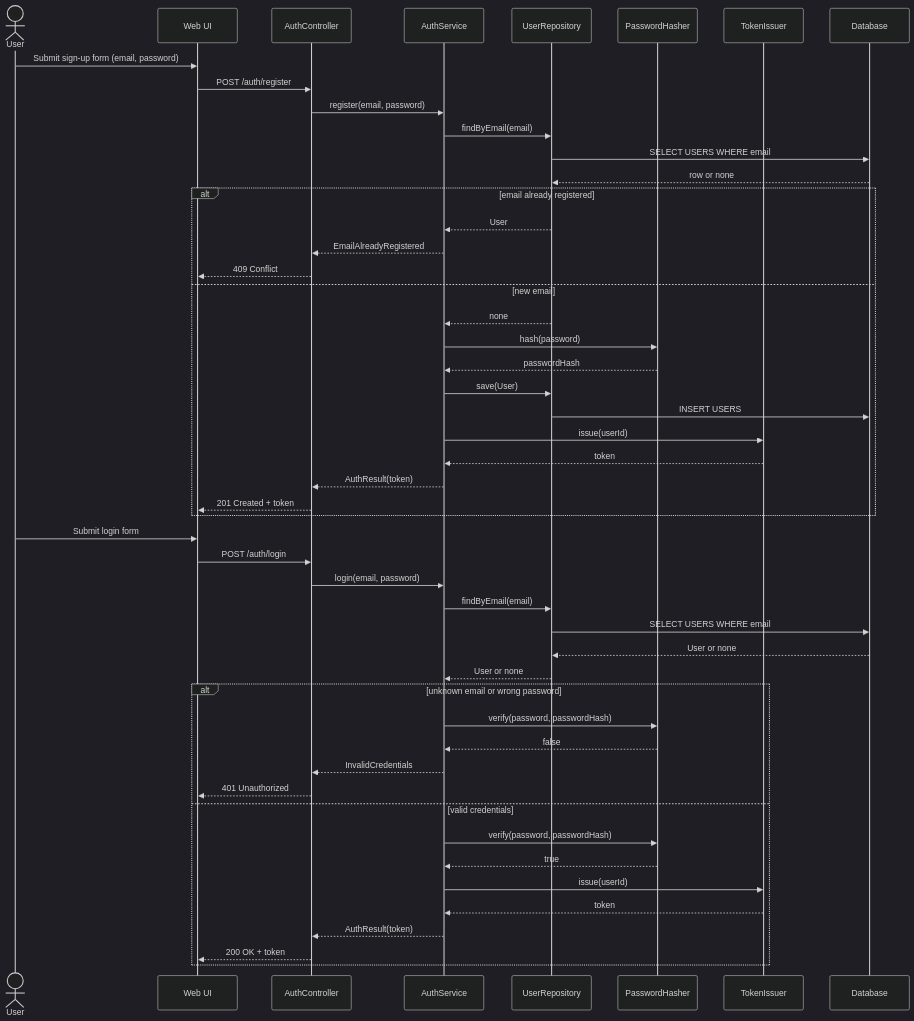
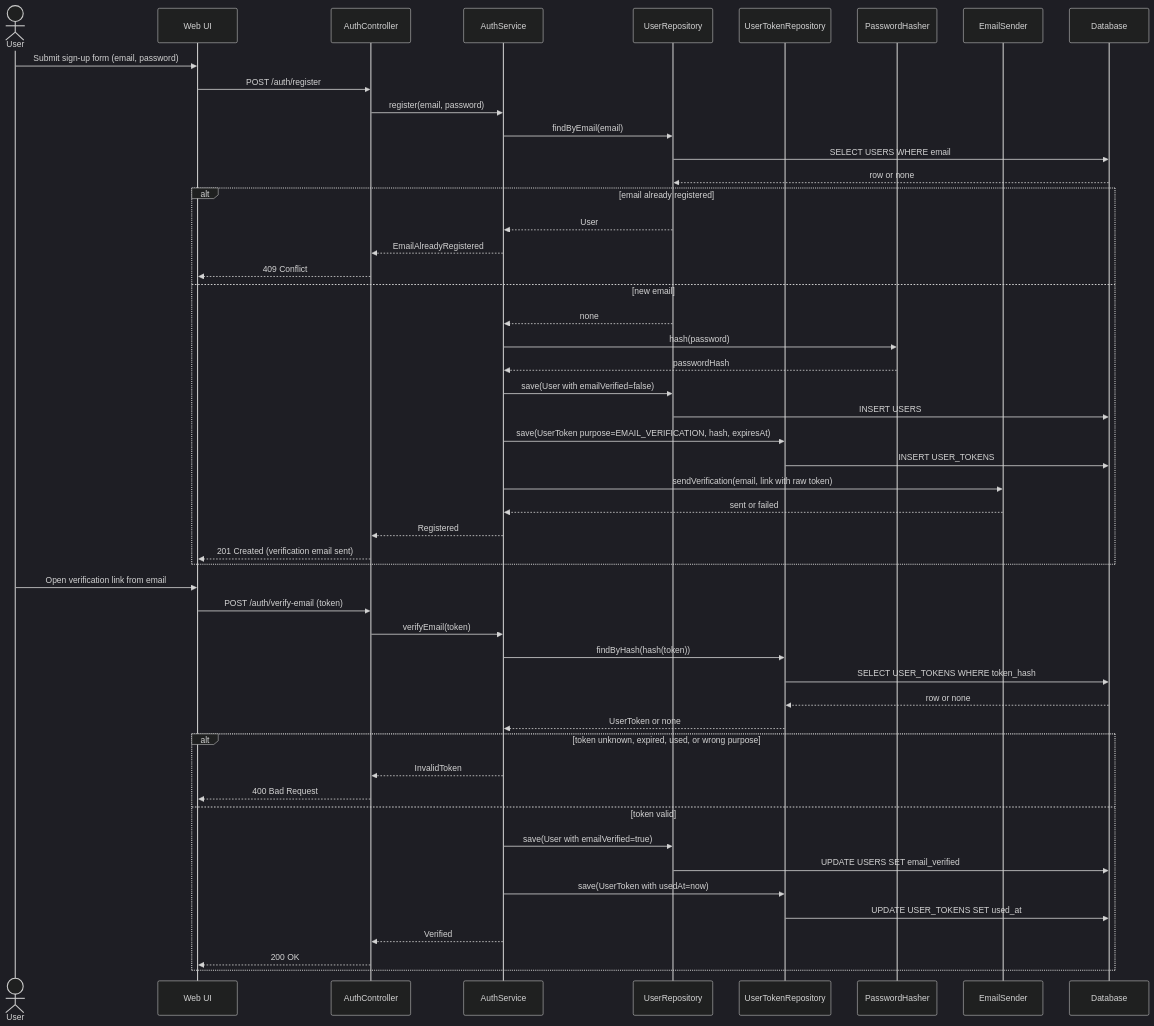
Before and after one commit to dieggob/TechnicalTestModernTech: the third of 13 diagrams in Docs/designs/Vehicle Maintenance Tracker.md, drawn with Mermaid (dark theme). The commit also changed other lines of this file and 2 other files, not shown here.

````diff
--- a/Docs/designs/Vehicle Maintenance Tracker.md
+++ b/Docs/designs/Vehicle Maintenance Tracker.md
@@ -216,54 +275,55 @@
 ```mermaid
 sequenceDiagram
   actor U as User
   participant UI as Web UI
   participant AC as AuthController
   participant AS as AuthService
   participant UR as UserRepository
+  participant TR as UserTokenRepository
   participant PH as PasswordHasher
-  participant TI as TokenIssuer
+  participant ES as EmailSender
   participant DB as Database
 
   U->>UI: Submit sign-up form (email, password)
   UI->>AC: POST /auth/register
   AC->>AS: register(email, password)
   AS->>UR: findByEmail(email)
   UR->>DB: SELECT USERS WHERE email
   DB-->>UR: row or none
   alt email already registered
     UR-->>AS: User
     AS-->>AC: EmailAlreadyRegistered
     AC-->>UI: 409 Conflict
   else new email
     UR-->>AS: none
     AS->>PH: hash(password)
     PH-->>AS: passwordHash
-    AS->>UR: save(User)
+    AS->>UR: save(User with emailVerified=false)
     UR->>DB: INSERT USERS
-    AS->>TI: issue(userId)
-    TI-->>AS: token
-    AS-->>AC: AuthResult(token)
-    AC-->>UI: 201 Created + token
+    AS->>TR: save(UserToken purpose=EMAIL_VERIFICATION, hash, expiresAt)
+    TR->>DB: INSERT USER_TOKENS
+    AS->>ES: sendVerification(email, link with raw token)
+    ES-->>AS: sent or failed
+    AS-->>AC: Registered
+    AC-->>UI: 201 Created (verification email sent)
   end
 
-  U->>UI: Submit login form
-  UI->>AC: POST /auth/login
-  AC->>AS: login(email, password)
-  AS->>UR: findByEmail(email)
-  UR->>DB: SELECT USERS WHERE email
-  DB-->>UR: User or none
-  UR-->>AS: User or none
-  alt unknown email or wrong password
-    AS->>PH: verify(password, passwordHash)
-    PH-->>AS: false
-    AS-->>AC: InvalidCredentials
-    AC-->>UI: 401 Unauthorized
-  else valid credentials
-    AS->>PH: verify(password, passwordHash)
-    PH-->>AS: true
-    AS->>TI: issue(userId)
-    TI-->>AS: token
-    AS-->>AC: AuthResult(token)
-    AC-->>UI: 200 OK + token
+  U->>UI: Open verification link from email
+  UI->>AC: POST /auth/verify-email (token)
+  AC->>AS: verifyEmail(token)
+  AS->>TR: findByHash(hash(token))
+  TR->>DB: SELECT USER_TOKENS WHERE token_hash
+  DB-->>TR: row or none
+  TR-->>AS: UserToken or none
+  alt token unknown, expired, used, or wrong purpose
+    AS-->>AC: InvalidToken
+    AC-->>UI: 400 Bad Request
+  else token valid
+    AS->>UR: save(User with emailVerified=true)
+    UR->>DB: UPDATE USERS SET email_verified
+    AS->>TR: save(UserToken with usedAt=now)
+    TR->>DB: UPDATE USER_TOKENS SET used_at
+    AS-->>AC: Verified
+    AC-->>UI: 200 OK
   end
 ```
````
